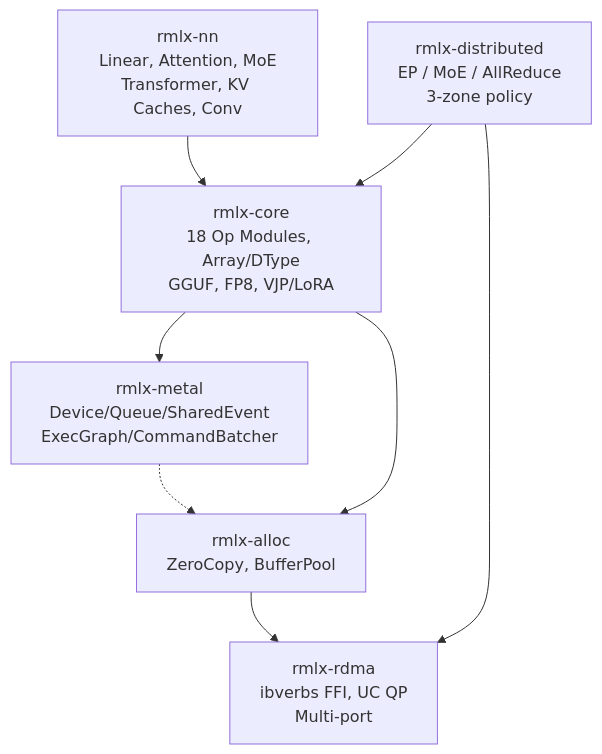
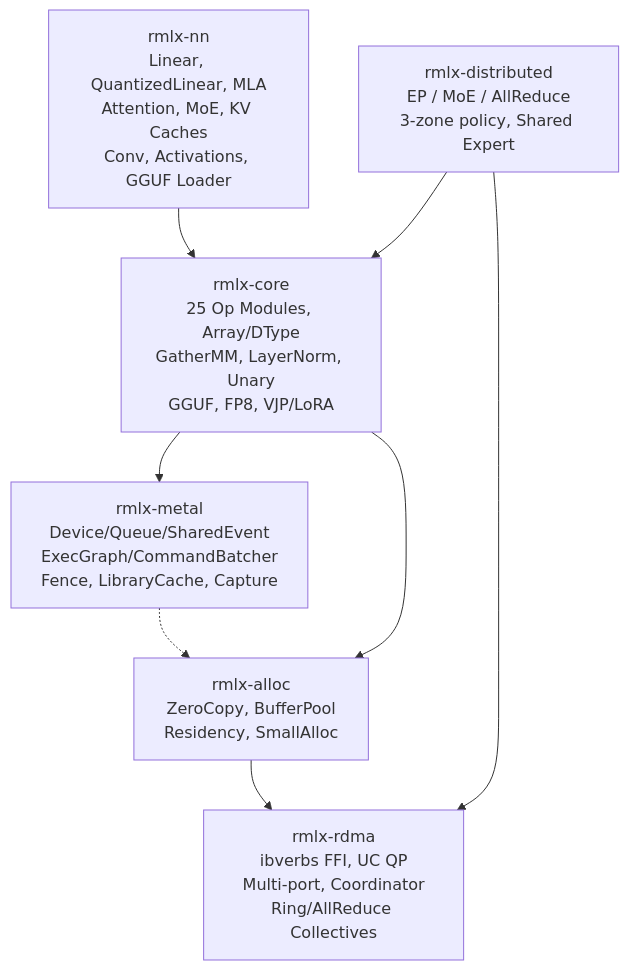
The diagram in README.md (0xDaizz/RMLX), drawn with Mermaid before and after one commit. The commit also changed other lines of this file and 18 other files, not shown here.

````diff
--- a/README.md
+++ b/README.md
@@ -64,17 +87,17 @@
 ```mermaid
 graph TD
-    NN["rmlx-nn<br/>Linear, Attention, MoE<br/>Transformer, KV Caches, Conv"]
-    CORE["rmlx-core<br/>18 Op Modules, Array/DType<br/>GGUF, FP8, VJP/LoRA"]
-    DIST["rmlx-distributed<br/>EP / MoE / AllReduce<br/>3-zone policy"]
-    METAL["rmlx-metal<br/>Device/Queue/SharedEvent<br/>ExecGraph/CommandBatcher"]
-    ALLOC["rmlx-alloc<br/>ZeroCopy, BufferPool"]
-    RDMA["rmlx-rdma<br/>ibverbs FFI, UC QP<br/>Multi-port"]
+    NN["rmlx-nn<br/>Linear, QuantizedLinear, MLA<br/>Attention, MoE, KV Caches<br/>Conv, Activations, GGUF Loader"]
+    CORE["rmlx-core<br/>25 Op Modules, Array/DType<br/>GatherMM, LayerNorm, Unary<br/>GGUF, FP8, VJP/LoRA"]
+    DIST["rmlx-distributed<br/>EP / MoE / AllReduce<br/>3-zone policy, Shared Expert"]
+    METAL["rmlx-metal<br/>Device/Queue/SharedEvent<br/>ExecGraph/CommandBatcher<br/>Fence, LibraryCache, Capture"]
+    ALLOC["rmlx-alloc<br/>ZeroCopy, BufferPool<br/>Residency, SmallAlloc"]
+    RDMA["rmlx-rdma<br/>ibverbs FFI, UC QP<br/>Multi-port, Coordinator<br/>Ring/AllReduce Collectives"]
 
     NN --> CORE
     CORE --> METAL
     CORE --> ALLOC
     DIST --> CORE
     DIST --> RDMA
     ALLOC --> RDMA
     METAL -.-> ALLOC
 ```
````
